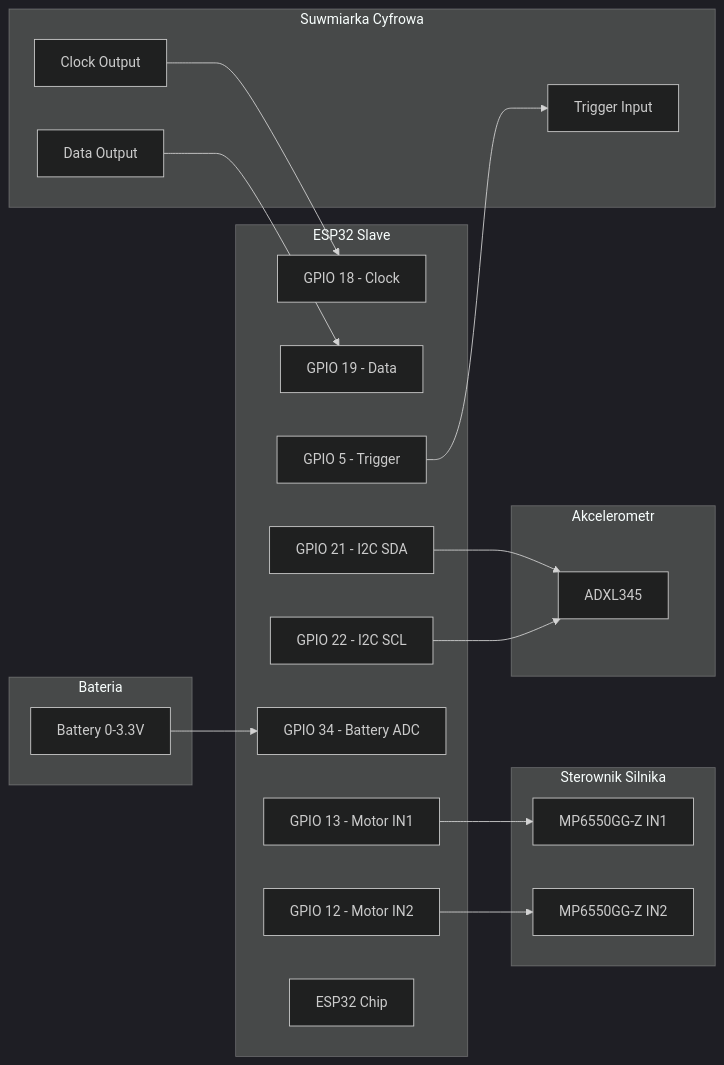
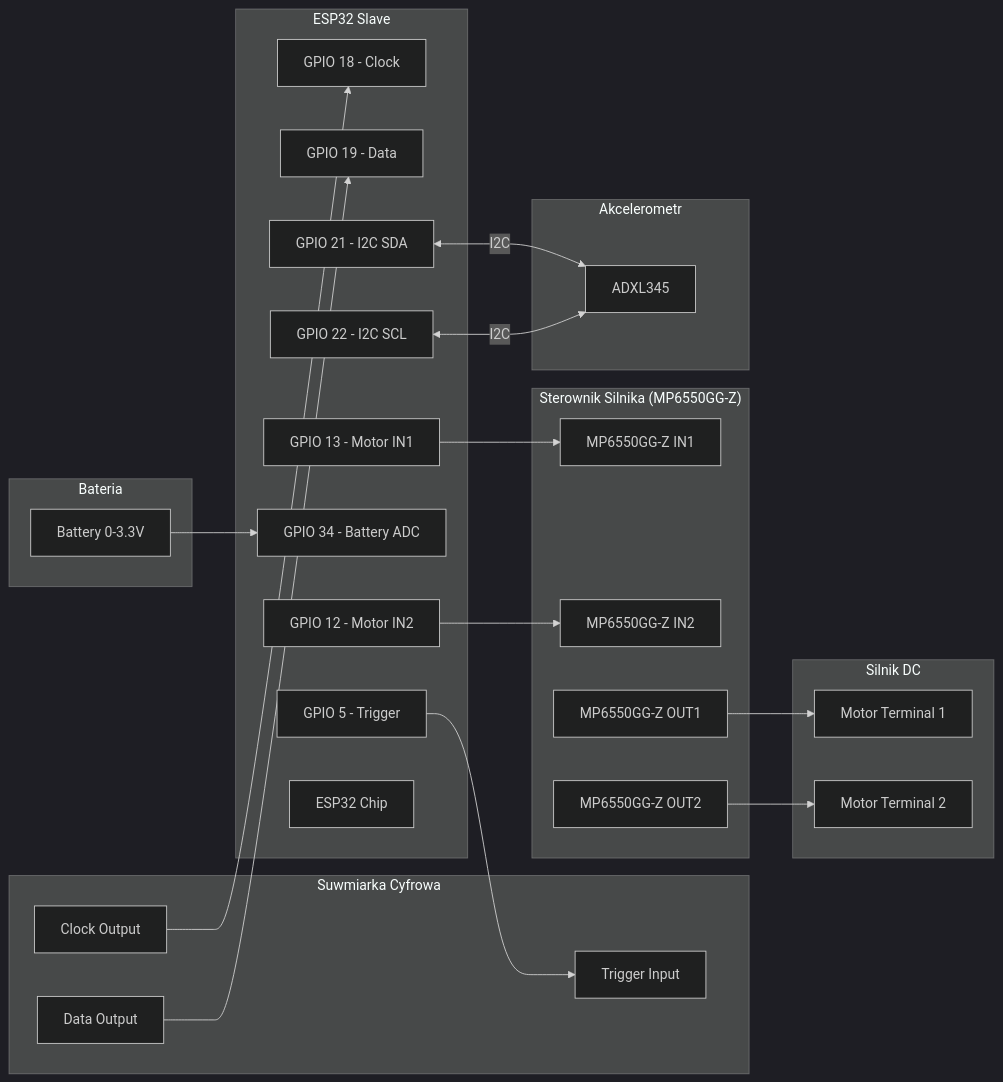
One commit to ciupakt/caliper changed the third of 3 diagrams in README.md. Above: the diagram before and after it, drawn with Mermaid (dark theme). The commit also changed other lines of this file and 9 other files, not shown here.

````diff
--- a/README.md
+++ b/README.md
@@ -342,42 +402,51 @@
 ```mermaid
 graph LR
     subgraph "ESP32 Slave"
         GPIO18[GPIO 18 - Clock]
         GPIO19[GPIO 19 - Data]
         GPIO5[GPIO 5 - Trigger]
         GPIO13[GPIO 13 - Motor IN1]
         GPIO12[GPIO 12 - Motor IN2]
         GPIO34[GPIO 34 - Battery ADC]
         SDA[GPIO 21 - I2C SDA]
         SCL[GPIO 22 - I2C SCL]
         Chip[ESP32 Chip]
     end
     
     subgraph "Suwmiarka Cyfrowa"
         Clock[Clock Output]
         Data[Data Output]
         Trigger[Trigger Input]
     end
     
-    subgraph "Sterownik Silnika"
+    subgraph "Sterownik Silnika (MP6550GG-Z)"
         IN1[MP6550GG-Z IN1]
         IN2[MP6550GG-Z IN2]
+        OUT1[MP6550GG-Z OUT1]
+        OUT2[MP6550GG-Z OUT2]
+    end
+
+    subgraph "Silnik DC"
+        M1[Motor Terminal 1]
+        M2[Motor Terminal 2]
     end
     
     subgraph "Akcelerometr"
         ADXL[ADXL345]
     end
     
     subgraph "Bateria"
         Batt[Battery 0-3.3V]
     end
     
     Clock --> GPIO18
     Data --> GPIO19
     GPIO5 --> Trigger
     GPIO13 --> IN1
     GPIO12 --> IN2
     Batt --> GPIO34
-    SDA --> ADXL
-    SCL --> ADXL
+    SDA <-->|I2C| ADXL
+    SCL <-->|I2C| ADXL
+    OUT1 --> M1
+    OUT2 --> M2
 ```
````
